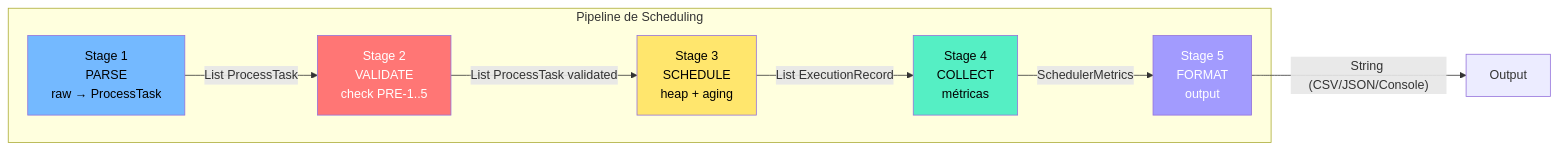
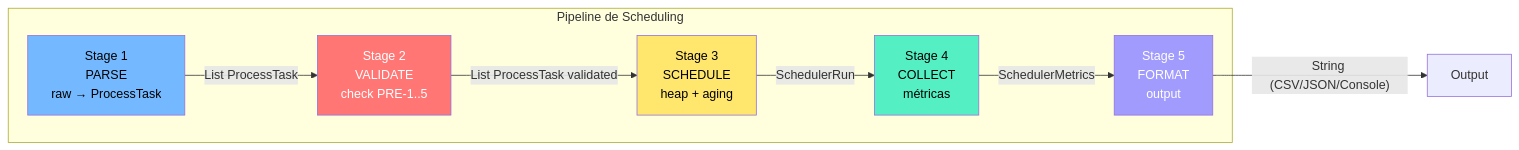
Before and after one commit to HeberYesid/concurrent-scheduler-lab: the fifth of 7 diagrams in analisis_scheduler_concurrente.md, drawn with Mermaid. The commit also changed other lines of this file and 1 other file, not shown here.

Commit message:
docs:update-analysis-and-adr-for-scheduler-run

````diff
--- a/analisis_scheduler_concurrente.md
+++ b/analisis_scheduler_concurrente.md
@@ -897,22 +896,22 @@
 ```mermaid
 graph LR
     subgraph "Pipeline de Scheduling"
         S1["Stage 1<br/>PARSE<br/>raw → ProcessTask"]
         S2["Stage 2<br/>VALIDATE<br/>check PRE-1..5"]
         S3["Stage 3<br/>SCHEDULE<br/>heap + aging"]
         S4["Stage 4<br/>COLLECT<br/>métricas"]
         S5["Stage 5<br/>FORMAT<br/>output"]
     end
 
     S1 -->|"List ProcessTask"| S2
     S2 -->|"List ProcessTask validated"| S3
-    S3 -->|"List ExecutionRecord"| S4
+    S3 -->|"SchedulerRun"| S4
     S4 -->|"SchedulerMetrics"| S5
     S5 -->|"String (CSV/JSON/Console)"| OUT[Output]
 
     style S1 fill:#74b9ff,color:#000
     style S2 fill:#ff7675,color:#fff
     style S3 fill:#ffe66d,color:#000
     style S4 fill:#55efc4,color:#000
     style S5 fill:#a29bfe,color:#fff
 ```
````
